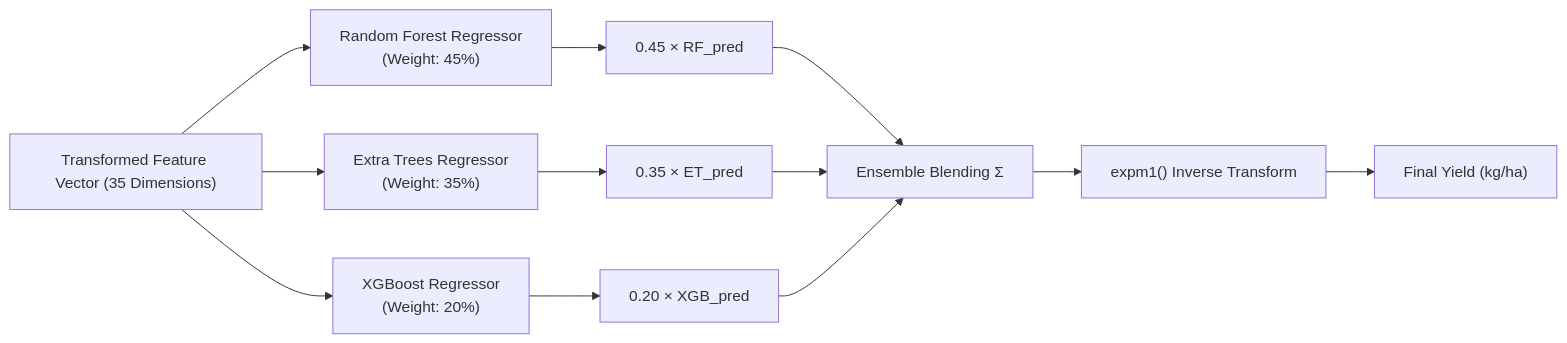
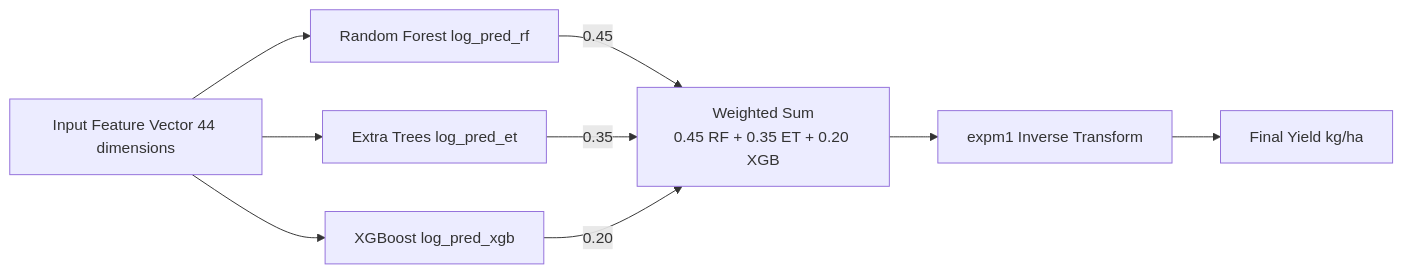
One commit to Yash191220/Yashraj_-Crop-Yield-Prediction-Agricultural-Productivity-Forecasting-System changed the fifth of 9 diagrams in docs/PROJECT_DOCUMENTATION.md. Above: the diagram before and after it, drawn with Mermaid. The commit also changed other lines of this file, not shown here.

Commit message:
docs: expand PROJECT_DOCUMENTATION v3.0 with algorithms, pseudocode, flowcharts, results tables

````diff
--- a/docs/PROJECT_DOCUMENTATION.md
+++ b/docs/PROJECT_DOCUMENTATION.md
@@ -189,14 +369,13 @@
 ```mermaid
 graph LR
-    X["Transformed Feature Vector (35 Dimensions)"] --> RF["Random Forest Regressor\n(Weight: 45%)"]
-    X --> ET["Extra Trees Regressor\n(Weight: 35%)"]
-    X --> XGB["XGBoost Regressor\n(Weight: 20%)"]
+    X["Input Feature Vector 44 dimensions"] --> RF["Random Forest log_pred_rf"]
+    X --> ET["Extra Trees log_pred_et"]
+    X --> XGB["XGBoost log_pred_xgb"]
 
-    RF --> W1["0.45 × RF_pred"]
-    ET --> W2["0.35 × ET_pred"]
-    XGB --> W3["0.20 × XGB_pred"]
+    RF -->|0.45| SUM
+    ET -->|0.35| SUM
+    XGB -->|0.20| SUM
 
-    W1 & W2 & W3 --> SUM["Ensemble Blending Σ"]
-    SUM --> INV["expm1() Inverse Transform"]
-    INV --> Y["Final Yield (kg/ha)"]
+    SUM["Weighted Sum\n0.45 RF + 0.35 ET + 0.20 XGB"] --> INV["expm1 Inverse Transform"]
+    INV --> OUT["Final Yield kg/ha"]
 ```
````
